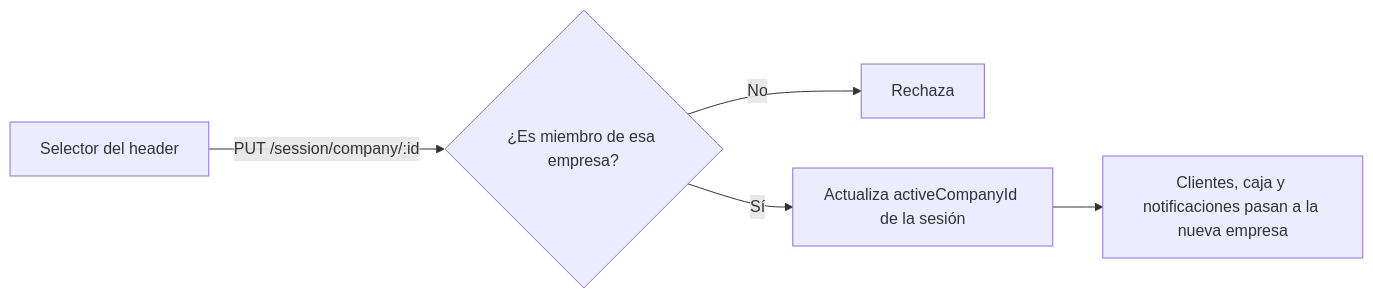
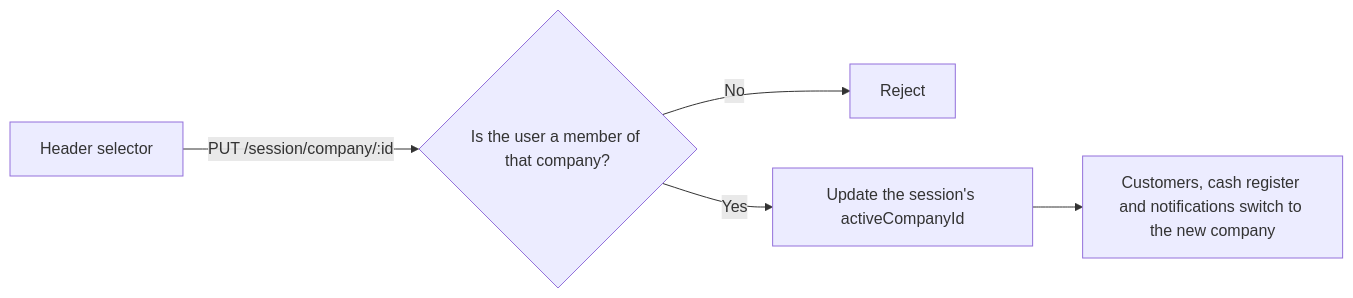
The third of 3 diagrams in docs/multitenancy.md (MatiasOlivaRqta/operia_demo_api), drawn with Mermaid before and after one commit. The commit also changed other lines of this file and 4 other files, not shown here.

````diff
--- a/docs/multitenancy.md
+++ b/docs/multitenancy.md
@@ -58,7 +58,7 @@
 ```mermaid
 flowchart LR
-    A[Selector del header] -->|PUT /session/company/:id| B{¿Es miembro de esa empresa?}
-    B -->|No| C[Rechaza]
-    B -->|Sí| D[Actualiza activeCompanyId de la sesión]
-    D --> E[Clientes, caja y notificaciones pasan a la nueva empresa]
+    A[Header selector] -->|PUT /session/company/:id| B{Is the user a member of that company?}
+    B -->|No| C[Reject]
+    B -->|Yes| D[Update the session's activeCompanyId]
+    D --> E[Customers, cash register and notifications switch to the new company]
 ```
````
